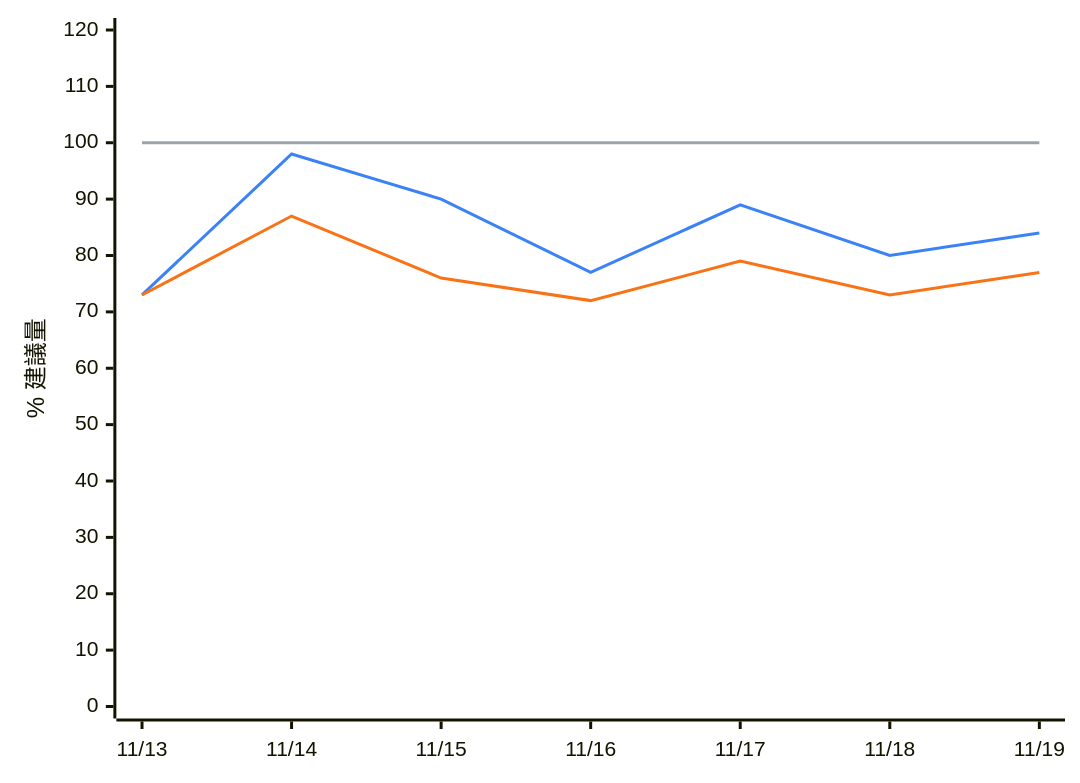
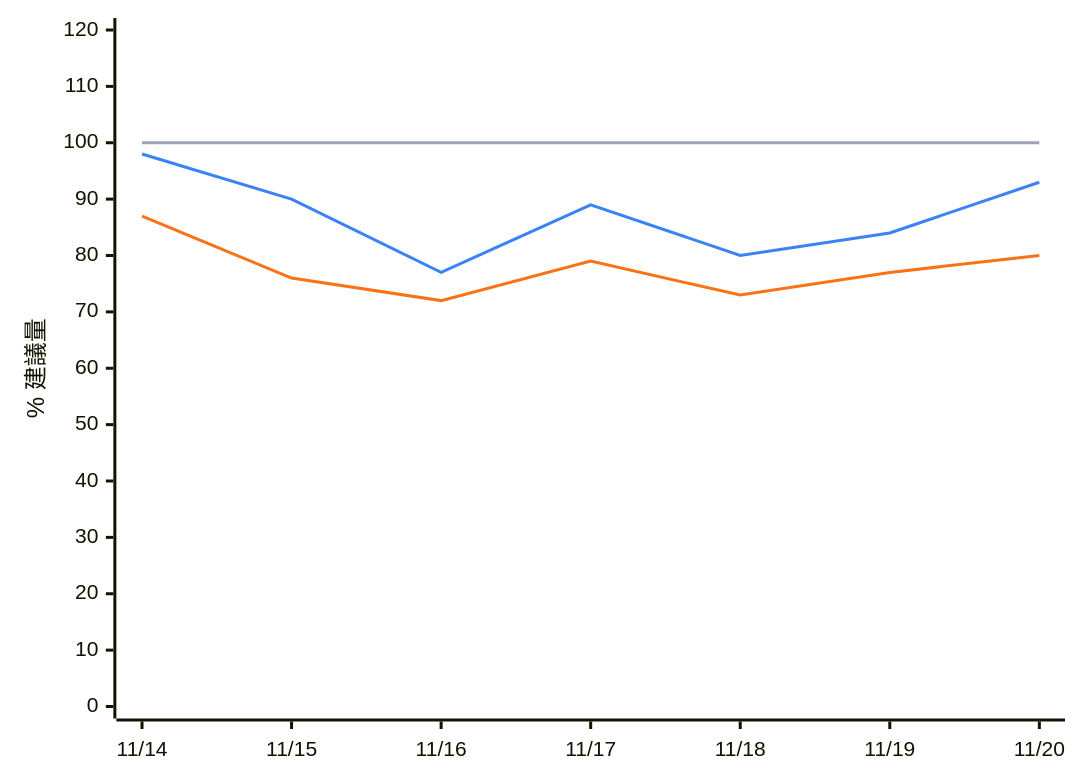
The diagram in README.md (PorriD63/MinaLisa), drawn with Mermaid before and after one commit. The commit also changed other lines of this file and 2 other files, not shown here.

````diff
--- a/README.md
+++ b/README.md
@@ -36,9 +27,9 @@
 ```mermaid
 %%{init: {"themeVariables": {"xyChart": {"plotColorPalette": "#3b82f6, #f97316, #9ca3af"}}}}%%
 xychart-beta
-    x-axis ["11/13", "11/14", "11/15", "11/16", "11/17", "11/18", "11/19"]
+    x-axis ["11/14", "11/15", "11/16", "11/17", "11/18", "11/19", "11/20"]
     y-axis "% 建議量" 0 --> 120
-    line [73, 98, 90, 77, 89, 80, 84]
-    line [73, 87, 76, 72, 79, 73, 77]
+    line [98, 90, 77, 89, 80, 84, 93]
+    line [87, 76, 72, 79, 73, 77, 80]
     line [100, 100, 100, 100, 100, 100, 100]
 ```
````
